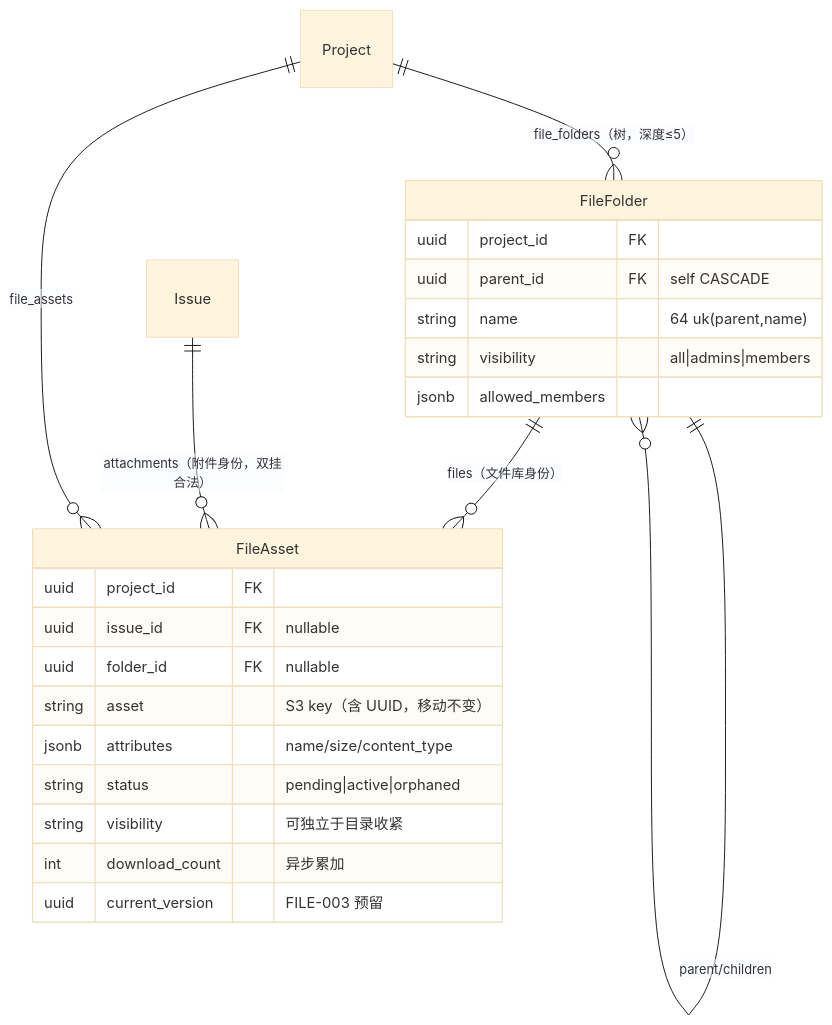
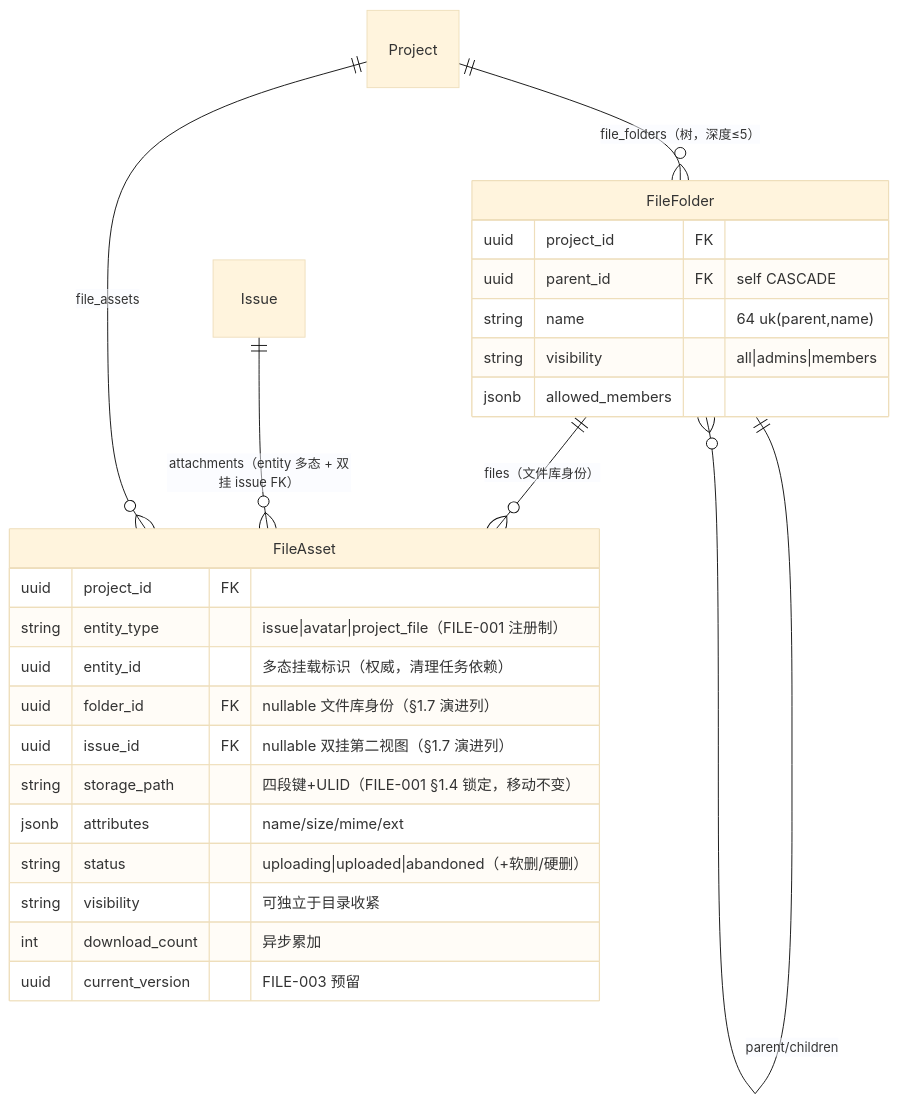
One commit to RabbitAI-Lab/RabbitProjects changed the fourth of 4 diagrams in docs/sprint-4-gantt-file/FILE-002-project-filelib.md. Above: the diagram before and after it, drawn with Mermaid (base theme). The commit also changed other lines of this file and 6 other files, not shown here.

````diff
--- a/docs/sprint-4-gantt-file/FILE-002-project-filelib.md
+++ b/docs/sprint-4-gantt-file/FILE-002-project-filelib.md
@@ -345,26 +380,28 @@
 ```mermaid
 erDiagram
     Project ||--o{ FileFolder : "file_folders（树，深度≤5）"
     FileFolder ||--o{ FileFolder : "parent/children"
     FileFolder ||--o{ FileAsset : "files（文件库身份）"
-    Issue ||--o{ FileAsset : "attachments（附件身份，双挂合法）"
+    Issue ||--o{ FileAsset : "attachments（entity 多态 + 双挂 issue FK）"
     Project ||--o{ FileAsset : "file_assets"
     FileFolder {
         uuid project_id FK
         uuid parent_id FK "self CASCADE"
         string name "64 uk(parent,name)"
         string visibility "all|admins|members"
         jsonb allowed_members
     }
     FileAsset {
         uuid project_id FK
-        uuid issue_id FK "nullable"
-        uuid folder_id FK "nullable"
-        string asset "S3 key（含 UUID，移动不变）"
-        jsonb attributes "name/size/content_type"
-        string status "pending|active|orphaned"
+        string entity_type "issue|avatar|project_file（FILE-001 注册制）"
+        uuid entity_id "多态挂载标识（权威，清理任务依赖）"
+        uuid folder_id FK "nullable 文件库身份（§1.7 演进列）"
+        uuid issue_id FK "nullable 双挂第二视图（§1.7 演进列）"
+        string storage_path "四段键+ULID（FILE-001 §1.4 锁定，移动不变）"
+        jsonb attributes "name/size/mime/ext"
+        string status "uploading|uploaded|abandoned（+软删/硬删）"
         string visibility "可独立于目录收紧"
         int download_count "异步累加"
         uuid current_version "FILE-003 预留"
     }
 ```
````
